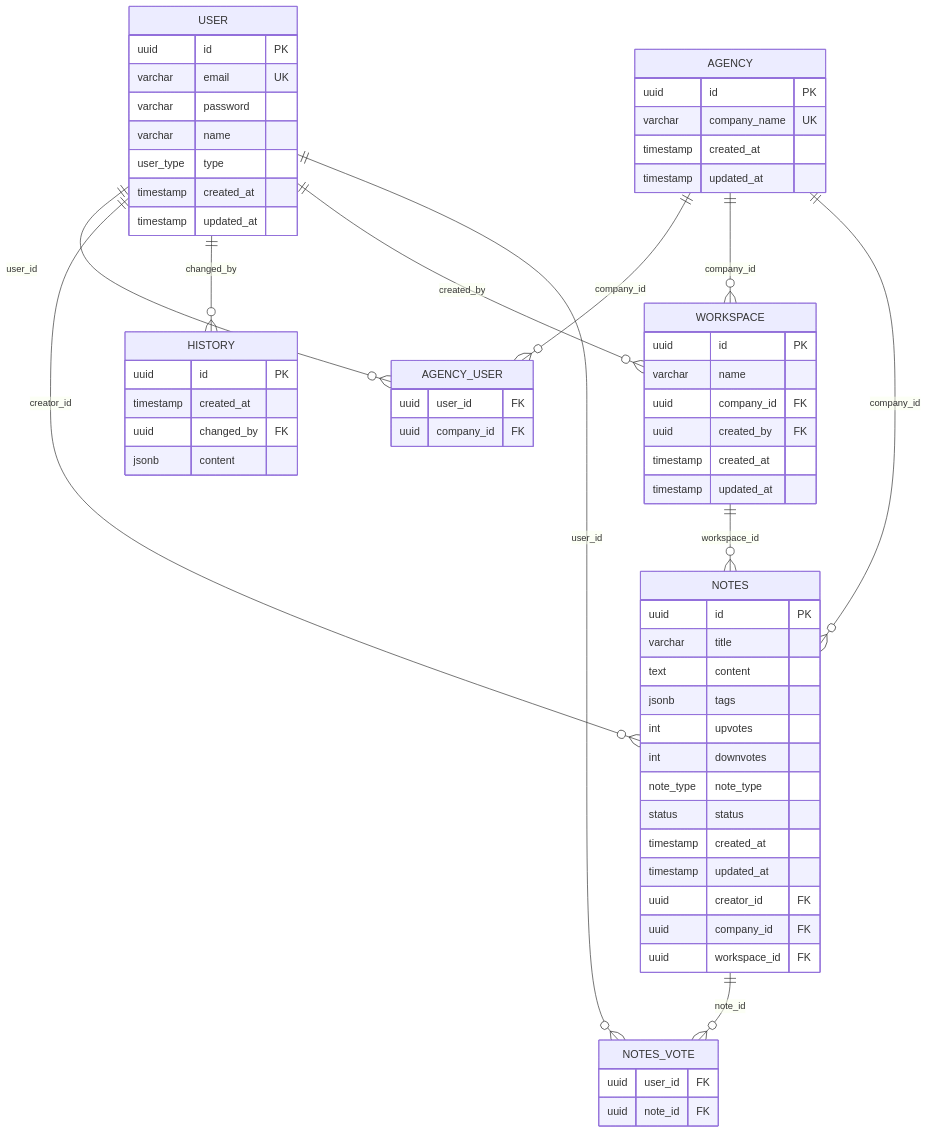
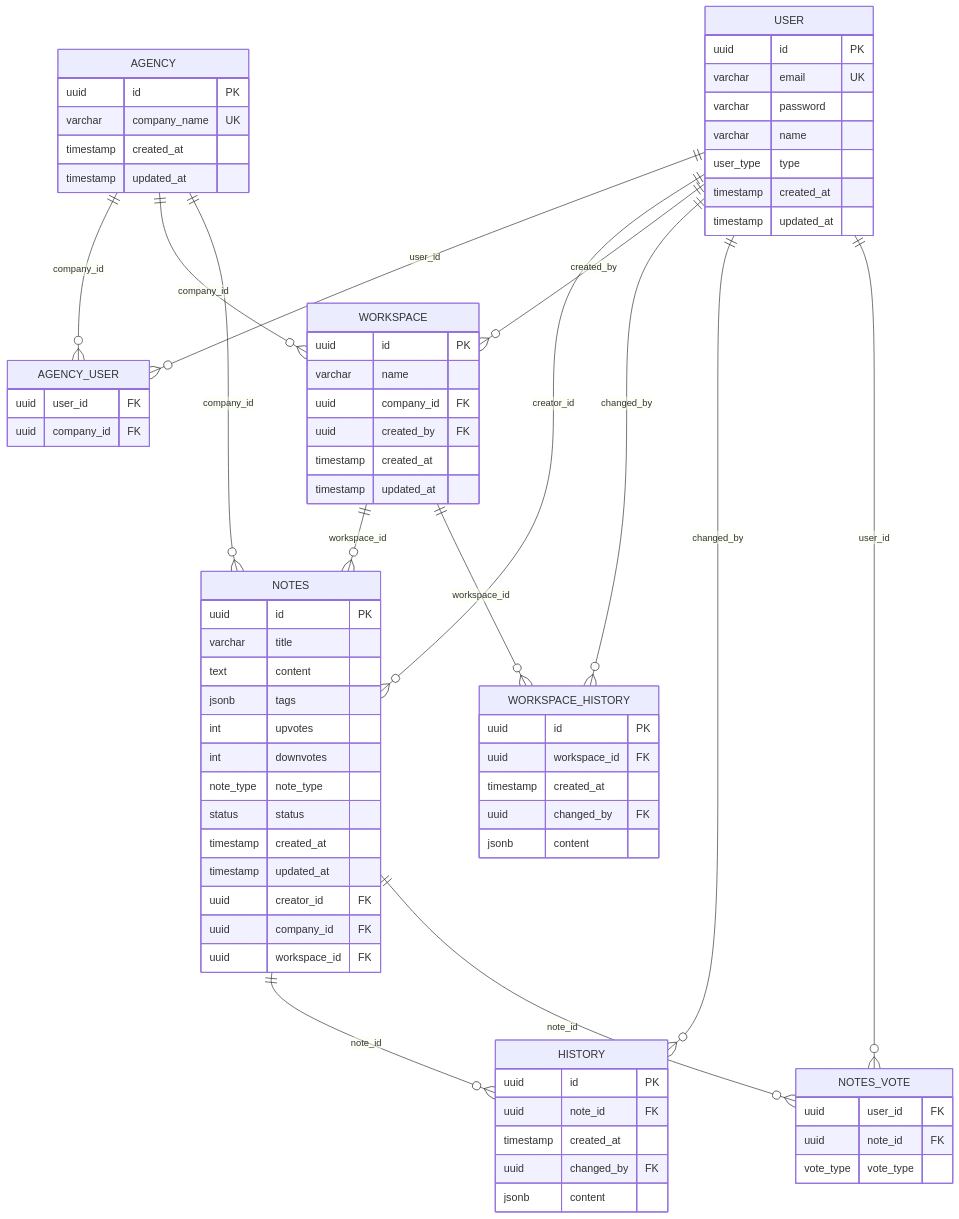
The diagram in docs/db-design.md (dashu-baba/note-system), drawn with Mermaid before and after one commit. The commit also changed other lines of this file and 8 other files, not shown here.

````diff
--- a/docs/db-design.md
+++ b/docs/db-design.md
@@ -126,9 +11,12 @@
     AGENCY ||--o{ WORKSPACE : "company_id"
     AGENCY ||--o{ NOTES : "company_id"
     USER ||--o{ NOTES : "creator_id"
-    USER ||--o{ HISTORY : "changed_by"
     USER ||--o{ WORKSPACE : "created_by"
     WORKSPACE ||--o{ NOTES : "workspace_id"
+    WORKSPACE ||--o{ WORKSPACE_HISTORY : "workspace_id"
+    USER ||--o{ WORKSPACE_HISTORY : "changed_by"
+    NOTES ||--o{ HISTORY : "note_id"
+    USER ||--o{ HISTORY : "changed_by"
     USER ||--o{ NOTES_VOTE : "user_id"
     NOTES ||--o{ NOTES_VOTE : "note_id"
 
@@ -163,6 +51,14 @@
         timestamp updated_at
     }
 
+    WORKSPACE_HISTORY {
+        uuid id PK
+        uuid workspace_id FK
+        timestamp created_at
+        uuid changed_by FK
+        jsonb content
+    }
+
     NOTES {
         uuid id PK
         varchar title
@@ -181,6 +77,7 @@
 
     HISTORY {
         uuid id PK
+        uuid note_id FK
         timestamp created_at
         uuid changed_by FK
         jsonb content
@@ -189,5 +86,6 @@
     NOTES_VOTE {
         uuid user_id FK
         uuid note_id FK
+        vote_type vote_type
     }
 ```
````
